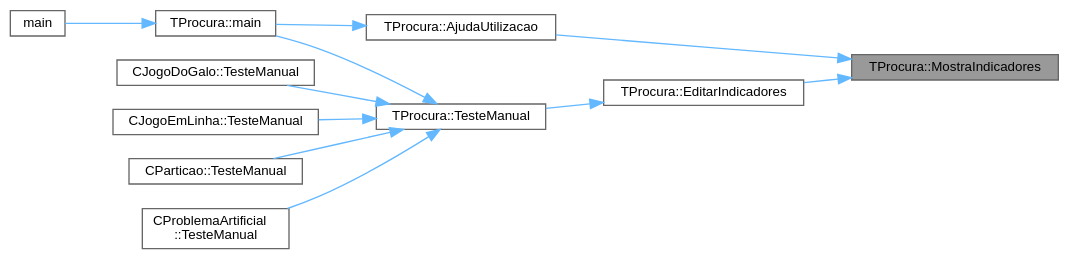
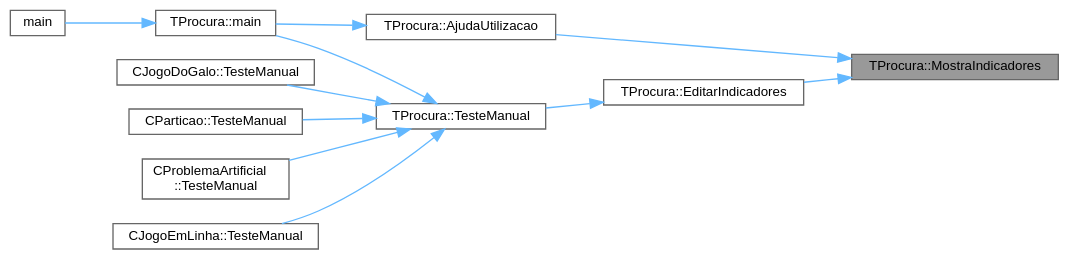
Before and after one commit to jcoelho72/TProcura: the diagram in classTProcura_a99f5cf1c59ce543a58d802a1ac907299_icgraph.dot, drawn with Graphviz. The commit also changed 175 other files, not shown here.

```diff
--- a/classTProcura_a99f5cf1c59ce543a58d802a1ac907299_icgraph.dot
+++ b/classTProcura_a99f5cf1c59ce543a58d802a1ac907299_icgraph.dot
@@ -1,28 +1,28 @@
 digraph "TProcura::MostraIndicadores"
 {
  // LATEX_PDF_SIZE
   bgcolor="transparent";
   edge [fontname=Helvetica,fontsize=10,labelfontname=Helvetica,labelfontsize=10];
   node [fontname=Helvetica,fontsize=10,shape=box,height=0.2,width=0.4];
   rankdir="RL";
   Node1 [id="Node000001",label="TProcura::MostraIndicadores",height=0.2,width=0.4,color="gray40", fillcolor="grey60", style="filled", fontcolor="black",tooltip="Mostra os indicadores definidos."];
   Node1 -> Node2 [id="edge1_Node000001_Node000002",dir="back",color="steelblue1",style="solid",tooltip=" "];
   Node2 [id="Node000002",label="TProcura::AjudaUtilizacao",height=0.2,width=0.4,color="grey40", fillcolor="white", style="filled",URL="$classTProcura.html#a2cf72bf266360c99f4bf94d75b995784",tooltip="Mostra ajuda de utilização do programa."];
   Node2 -> Node3 [id="edge2_Node000002_Node000003",dir="back",color="steelblue1",style="solid",tooltip=" "];
   Node3 [id="Node000003",label="TProcura::main",height=0.2,width=0.4,color="grey40", fillcolor="white", style="filled",URL="$classTProcura.html#a8efd6f9c08b28effd32ab3ed07b4f70e",tooltip="Inicializa a interação com o utilizador."];
   Node3 -> Node4 [id="edge3_Node000003_Node000004",dir="back",color="steelblue1",style="solid",tooltip=" "];
   Node4 [id="Node000004",label="main",height=0.2,width=0.4,color="grey40", fillcolor="white", style="filled",URL="$Adversa_2Teste_2teste_8cpp.html#a0ddf1224851353fc92bfbff6f499fa97",tooltip=" "];
   Node1 -> Node5 [id="edge4_Node000001_Node000005",dir="back",color="steelblue1",style="solid",tooltip=" "];
   Node5 [id="Node000005",label="TProcura::EditarIndicadores",height=0.2,width=0.4,color="grey40", fillcolor="white", style="filled",URL="$classTProcura.html#a8f5d1ccb82a33db762fbb8400eeacf39",tooltip="Permite ao utilizador editar os indicadores a utilizar."];
   Node5 -> Node6 [id="edge5_Node000005_Node000006",dir="back",color="steelblue1",style="solid",tooltip=" "];
   Node6 [id="Node000006",label="TProcura::TesteManual",height=0.2,width=0.4,color="grey40", fillcolor="white", style="filled",URL="$classTProcura.html#a8331059908495f9a915ada39424ca27c",tooltip="Inicializa a interação com o utilizador."];
   Node6 -> Node3 [id="edge6_Node000006_Node000003",dir="back",color="steelblue1",style="solid",tooltip=" "];
   Node6 -> Node7 [id="edge7_Node000006_Node000007",dir="back",color="steelblue1",style="solid",tooltip=" "];
   Node7 [id="Node000007",label="CJogoDoGalo::TesteManual",height=0.2,width=0.4,color="grey40", fillcolor="white", style="filled",URL="$classCJogoDoGalo.html#a113984a3801a93ebce61e0a700a413ab",tooltip=" "];
   Node6 -> Node8 [id="edge8_Node000006_Node000008",dir="back",color="steelblue1",style="solid",tooltip=" "];
-  Node8 [id="Node000008",label="CJogoEmLinha::TesteManual",height=0.2,width=0.4,color="grey40", fillcolor="white", style="filled",URL="$classCJogoEmLinha.html#ad289e94136b44c9e3e942acf64ff0449",tooltip=" "];
+  Node8 [id="Node000008",label="CParticao::TesteManual",height=0.2,width=0.4,color="grey40", fillcolor="white", style="filled",URL="$classCParticao.html#aa4d328b9944991f3fc52ce0726111865",tooltip=" "];
   Node6 -> Node9 [id="edge9_Node000006_Node000009",dir="back",color="steelblue1",style="solid",tooltip=" "];
-  Node9 [id="Node000009",label="CParticao::TesteManual",height=0.2,width=0.4,color="grey40", fillcolor="white", style="filled",URL="$classCParticao.html#aa4d328b9944991f3fc52ce0726111865",tooltip=" "];
+  Node9 [id="Node000009",label="CProblemaArtificial\l::TesteManual",height=0.2,width=0.4,color="grey40", fillcolor="white", style="filled",URL="$classCProblemaArtificial.html#abaad629eb538177261df40e1e27e92ed",tooltip=" "];
   Node6 -> Node10 [id="edge10_Node000006_Node000010",dir="back",color="steelblue1",style="solid",tooltip=" "];
-  Node10 [id="Node000010",label="CProblemaArtificial\l::TesteManual",height=0.2,width=0.4,color="grey40", fillcolor="white", style="filled",URL="$classCProblemaArtificial.html#abaad629eb538177261df40e1e27e92ed",tooltip=" "];
+  Node10 [id="Node000010",label="CJogoEmLinha::TesteManual",height=0.2,width=0.4,color="grey40", fillcolor="white", style="filled",URL="$classCJogoEmLinha.html#a605b4293eeaed3fd542afe36edcc8d51",tooltip="Inicializa a interação com o utilizador."];
 }
```
